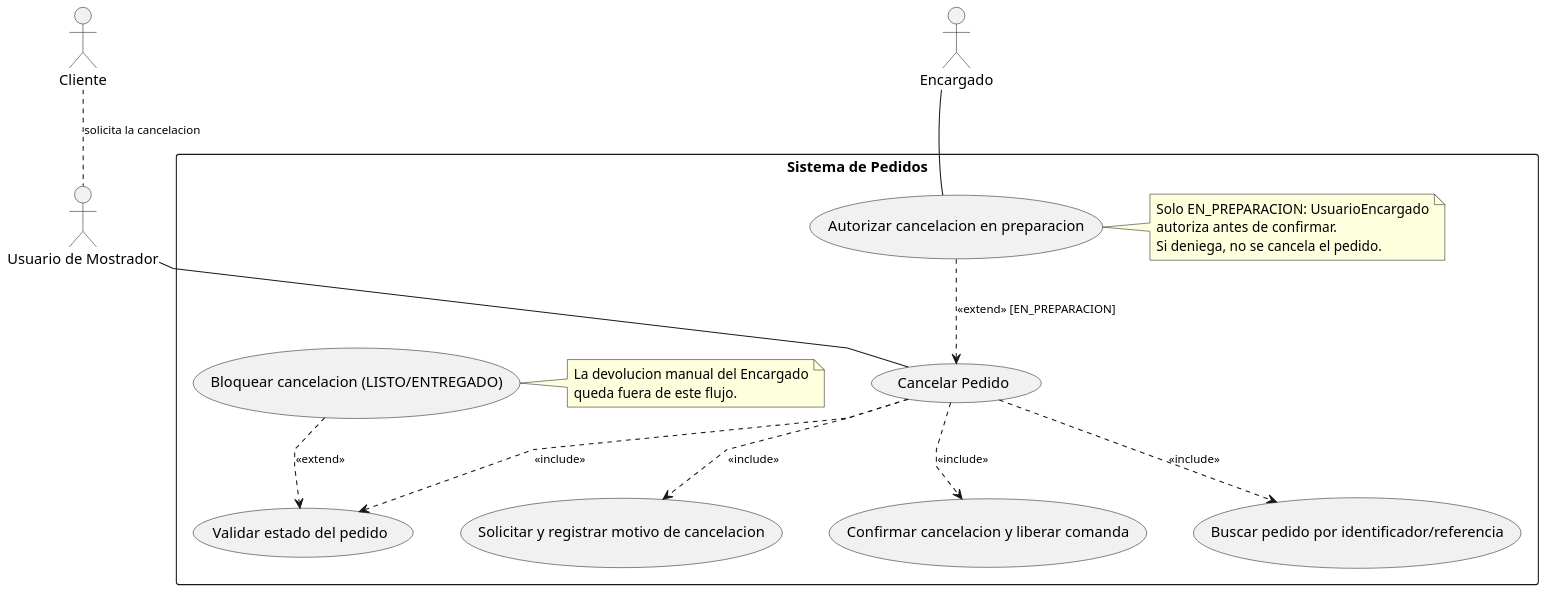
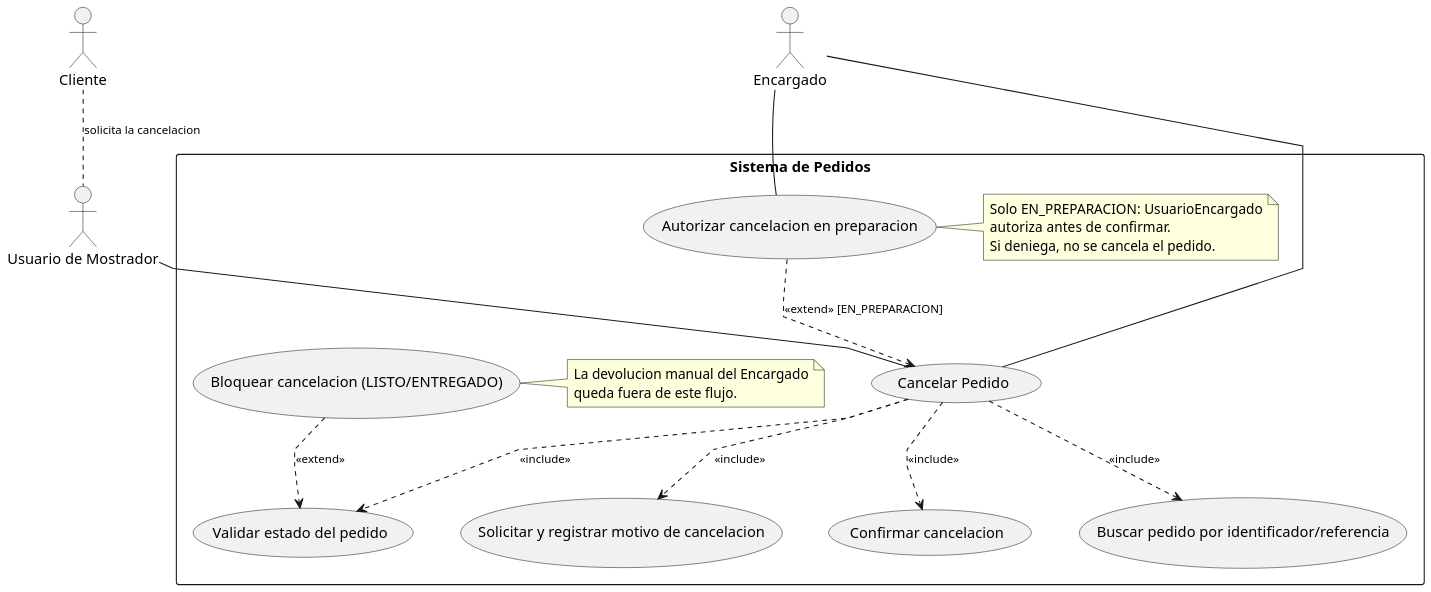
One commit to eloeyhe/SistemaPedidos changed the diagram in diagramas/02-casos-de-uso/02-caso-uso-cancelar-pedido-03.puml. Above: the diagram before and after it, drawn with PlantUML. The commit also changed 2 other files, not shown here.

Commit message:
Unifico iniciadores, motivo y comanda entre los artefactos de CU03

```diff
--- a/diagramas/02-casos-de-uso/02-caso-uso-cancelar-pedido-03.puml
+++ b/diagramas/02-casos-de-uso/02-caso-uso-cancelar-pedido-03.puml
@@ -1,58 +1,59 @@
 @startuml 02-caso-uso-cancelar-pedido-03
 top to bottom direction
 skinparam dpi 150
 skinparam nodesep 45
 skinparam ranksep 60
 skinparam linetype polyline
 skinparam ArrowFontSize 11
 hide empty members
 actor Cliente
 actor "Usuario de Mostrador" as Mostrador
 actor "Encargado" as Encargado
 
 Cliente .. Mostrador : solicita la cancelacion
 
 rectangle "Sistema de Pedidos" {
 	usecase "Cancelar Pedido" as Cancelar
 	usecase "Buscar pedido por identificador/referencia" as Buscar
 	usecase "Validar estado del pedido" as ValidarEstado
 	usecase "Solicitar y registrar motivo de cancelacion" as RegistrarMotivo
-	usecase "Confirmar cancelacion y liberar comanda" as Confirmar
+	usecase "Confirmar cancelacion" as Confirmar
 	usecase "Autorizar cancelacion en preparacion" as Autorizar
 	note right of Autorizar
 		Solo EN_PREPARACION: UsuarioEncargado
 		autoriza antes de confirmar.
 		Si deniega, no se cancela el pedido.
 	end note
 	usecase "Bloquear cancelacion (LISTO/ENTREGADO)" as Bloquear
 	note right of Bloquear
 		La devolucion manual del Encargado
 		queda fuera de este flujo.
 	end note
 }
 
 Mostrador -- Cancelar
+Encargado -- Cancelar
 Encargado -- Autorizar
 
 ' El actor Encargado corresponde a la clase UsuarioEncargado
 ' del boceto (autorizarCancelacion()).
 Cancelar .> Buscar : <<include>>
 Cancelar .> ValidarEstado : <<include>>
 Cancelar .> RegistrarMotivo : <<include>>
 Cancelar .> Confirmar : <<include>>
 
 Autorizar .> Cancelar : <<extend>> [EN_PREPARACION]
 Bloquear .> ValidarEstado : <<extend>>
 
 ' --- Control de ranks: caso base arriba, incluidos en fila propia debajo ---
 Cancelar -[hidden]down- Buscar
 Cancelar -[hidden]down- ValidarEstado
 Cancelar -[hidden]down- RegistrarMotivo
 Cancelar -[hidden]down- Confirmar
 Buscar -[hidden]right- ValidarEstado
 ValidarEstado -[hidden]right- RegistrarMotivo
 RegistrarMotivo -[hidden]right- Confirmar
 Autorizar -[hidden]down- Cancelar
 Bloquear -[hidden]down- ValidarEstado
 Encargado -[hidden]down- Autorizar
 @enduml
```
